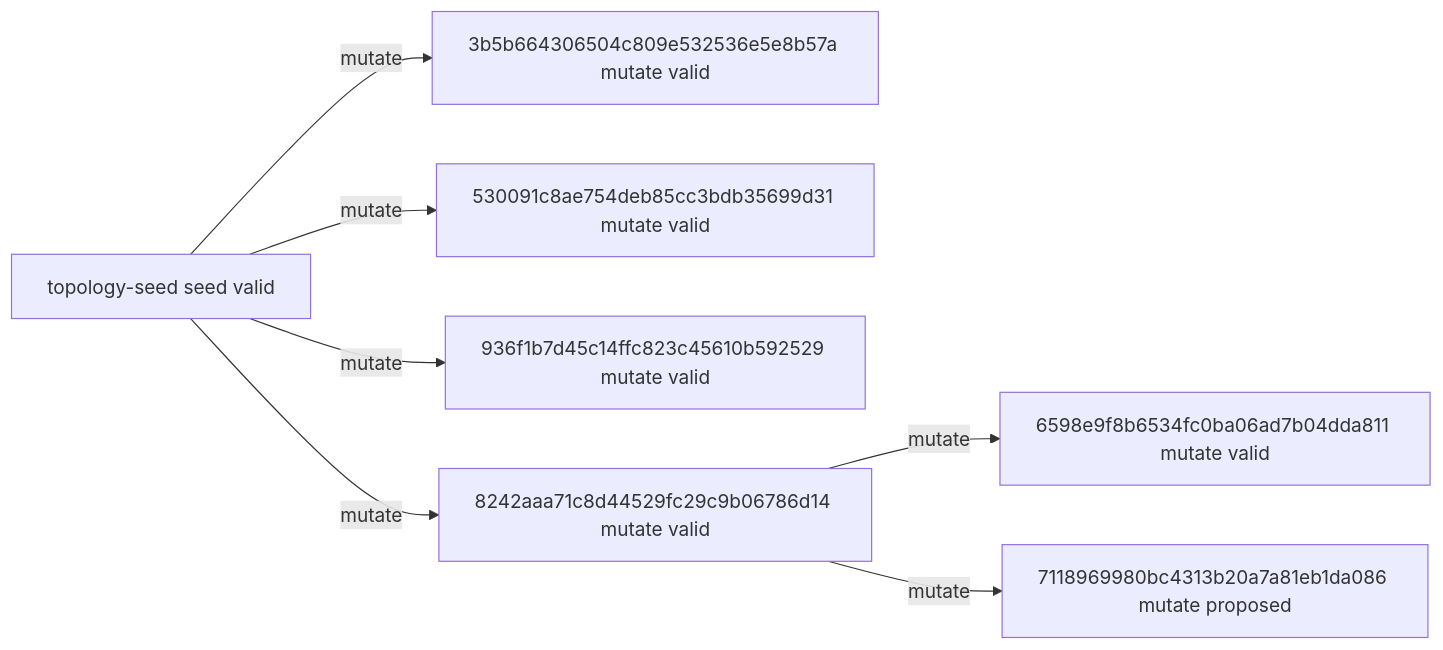
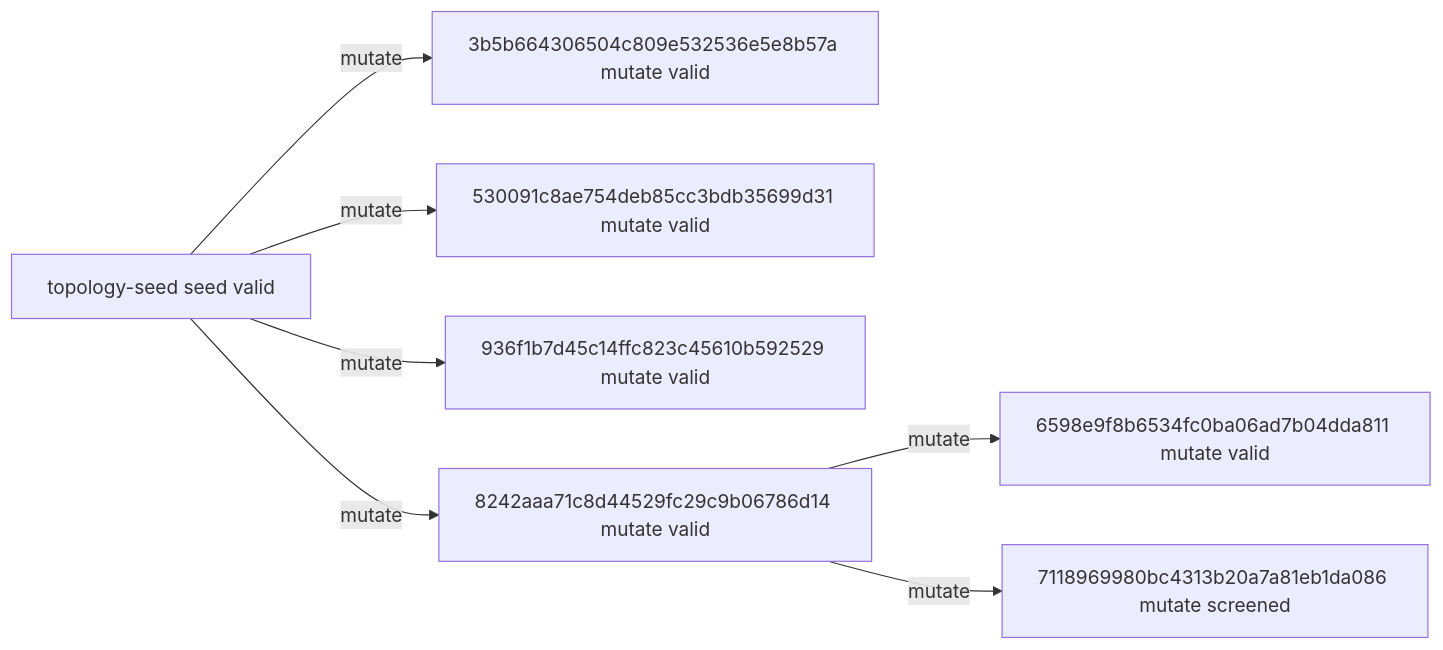
The diagram in experiments/campaigns/layout-numerical-lane1/README.md (timbtz/feyer-search-lab), drawn with Mermaid before and after one commit. The commit also changed other lines of this file and 7 other files, not shown here.

````diff
--- a/experiments/campaigns/layout-numerical-lane1/README.md
+++ b/experiments/campaigns/layout-numerical-lane1/README.md
@@ -21,16 +21,16 @@
 ```mermaid
 graph LR
   n0["topology-seed seed valid"]
   n1["3b5b664306504c809e532536e5e8b57a mutate valid"]
   n2["530091c8ae754deb85cc3bdb35699d31 mutate valid"]
   n3["936f1b7d45c14ffc823c45610b592529 mutate valid"]
   n4["8242aaa71c8d44529fc29c9b06786d14 mutate valid"]
   n5["6598e9f8b6534fc0ba06ad7b04dda811 mutate valid"]
-  n6["7118969980bc4313b20a7a81eb1da086 mutate proposed"]
+  n6["7118969980bc4313b20a7a81eb1da086 mutate screened"]
   n0 -->|mutate| n1
   n0 -->|mutate| n2
   n0 -->|mutate| n3
   n0 -->|mutate| n4
   n4 -->|mutate| n5
   n4 -->|mutate| n6
 ```
````
